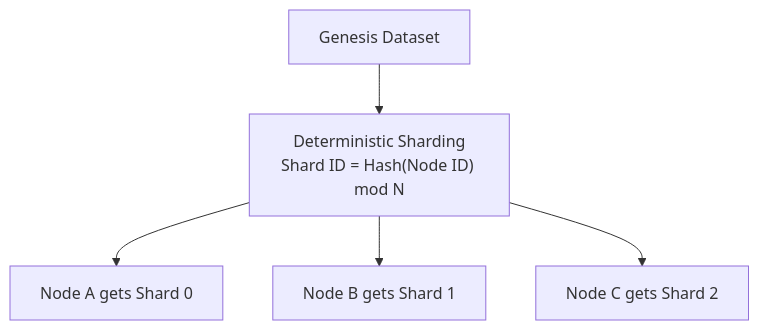
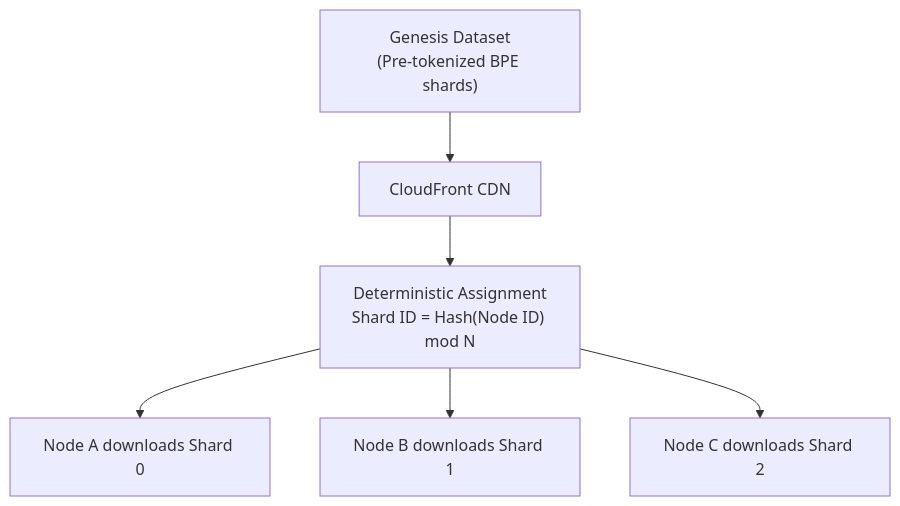
One commit to Nexaroa/neuroshard changed the first of 5 diagrams in docs-site/guide/how-it-works.md. Above: the diagram before and after it, drawn with Mermaid. The commit also changed other lines of this file and 9 other files, not shown here.

First line of the commit message:
Add Data Pipeline section to documentation and enhance model architecture details

````diff
--- a/docs-site/guide/how-it-works.md
+++ b/docs-site/guide/how-it-works.md
@@ -24,7 +28,8 @@
 ```mermaid
 graph TD
-    Genesis["Genesis Dataset"] --> Sharding["Deterministic Sharding<br/>Shard ID = Hash(Node ID) mod N"]
-    Sharding --> A["Node A gets Shard 0"]
-    Sharding --> B["Node B gets Shard 1"]
-    Sharding --> C["Node C gets Shard 2"]
+    Genesis["Genesis Dataset<br/>(Pre-tokenized BPE shards)"] --> CDN["CloudFront CDN"]
+    CDN --> Sharding["Deterministic Assignment<br/>Shard ID = Hash(Node ID) mod N"]
+    Sharding --> A["Node A downloads Shard 0"]
+    Sharding --> B["Node B downloads Shard 1"]
+    Sharding --> C["Node C downloads Shard 2"]
 ```
````
